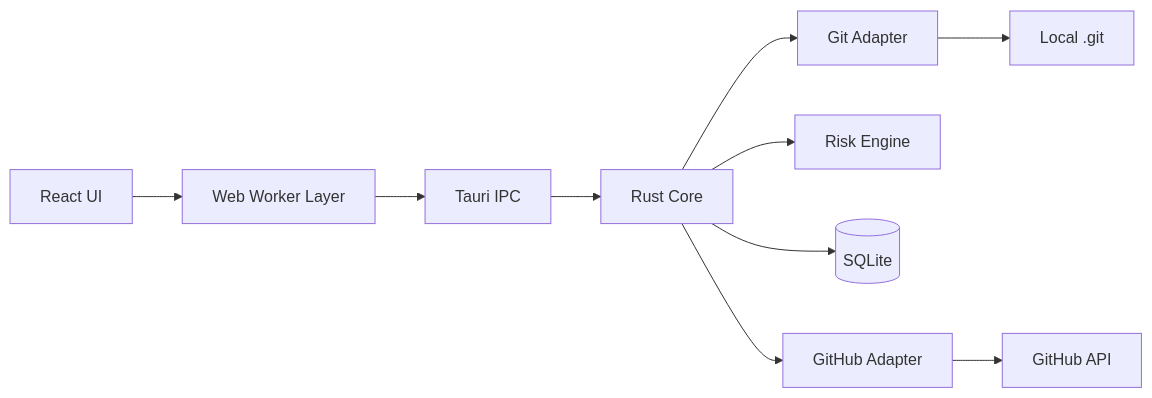
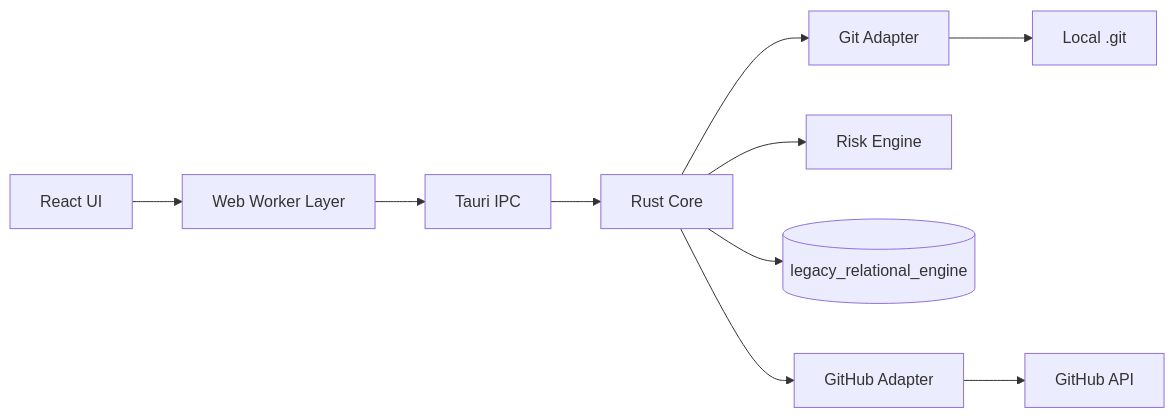
The first of 6 diagrams in docs/gitgraph-lab-sdd.md (Deependra-Codes/FinalGitGraph), drawn with Mermaid before and after one commit. The commit also changed other lines of this file and 50 other files, not shown here.

````diff
--- a/docs/gitgraph-lab-sdd.md
+++ b/docs/gitgraph-lab-sdd.md
@@ -144,19 +144,19 @@
 ```mermaid
 flowchart LR
   UI[React UI]
   WK[Web Worker Layer]
   IPC[Tauri IPC]
   CORE[Rust Core]
   GIT[Git Adapter]
   RISK[Risk Engine]
-  DB[(SQLite)]
+  DB[(legacy_relational_engine)]
   GH[GitHub Adapter]
   FS[Local .git]
   API[GitHub API]
 
   UI --> WK --> IPC --> CORE
   CORE --> GIT --> FS
   CORE --> RISK
   CORE --> DB
   CORE --> GH --> API
 ```
````
